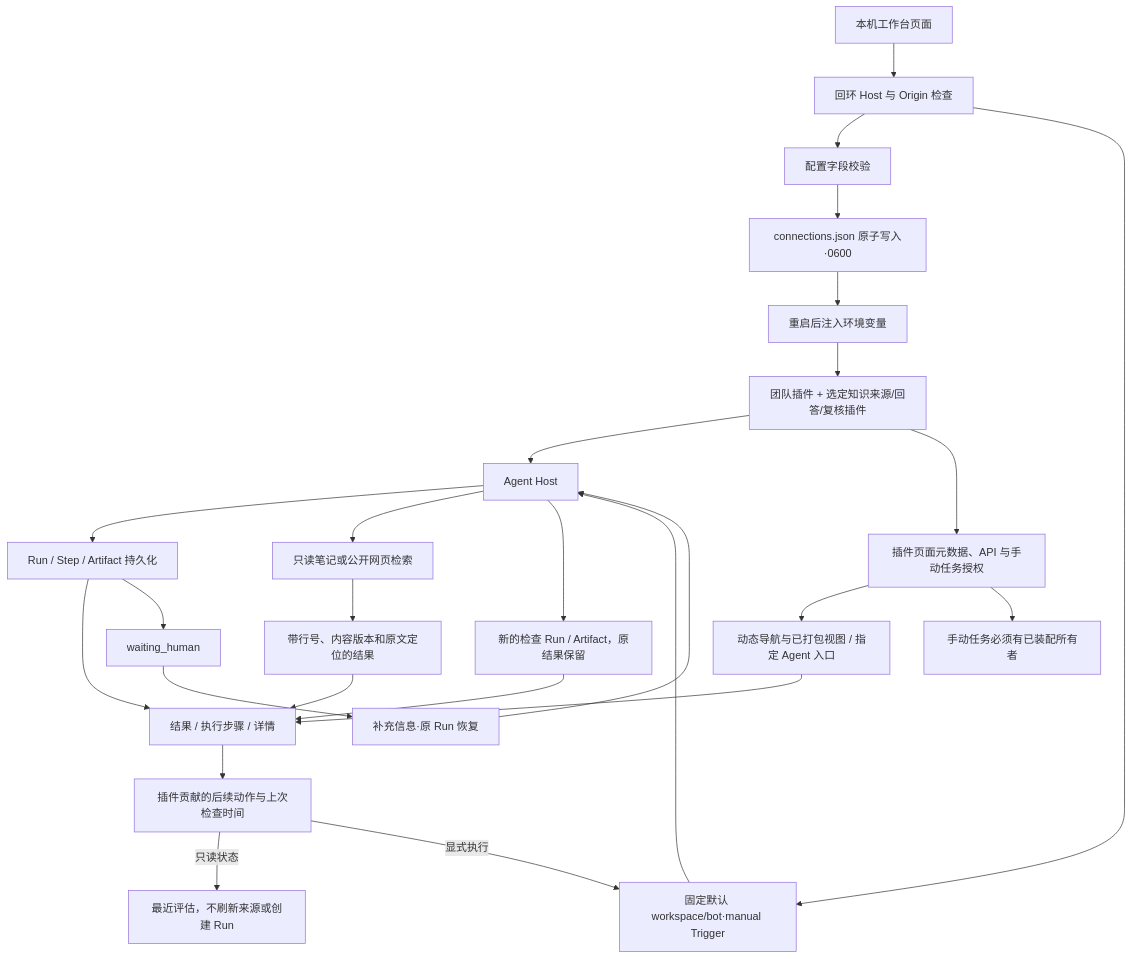
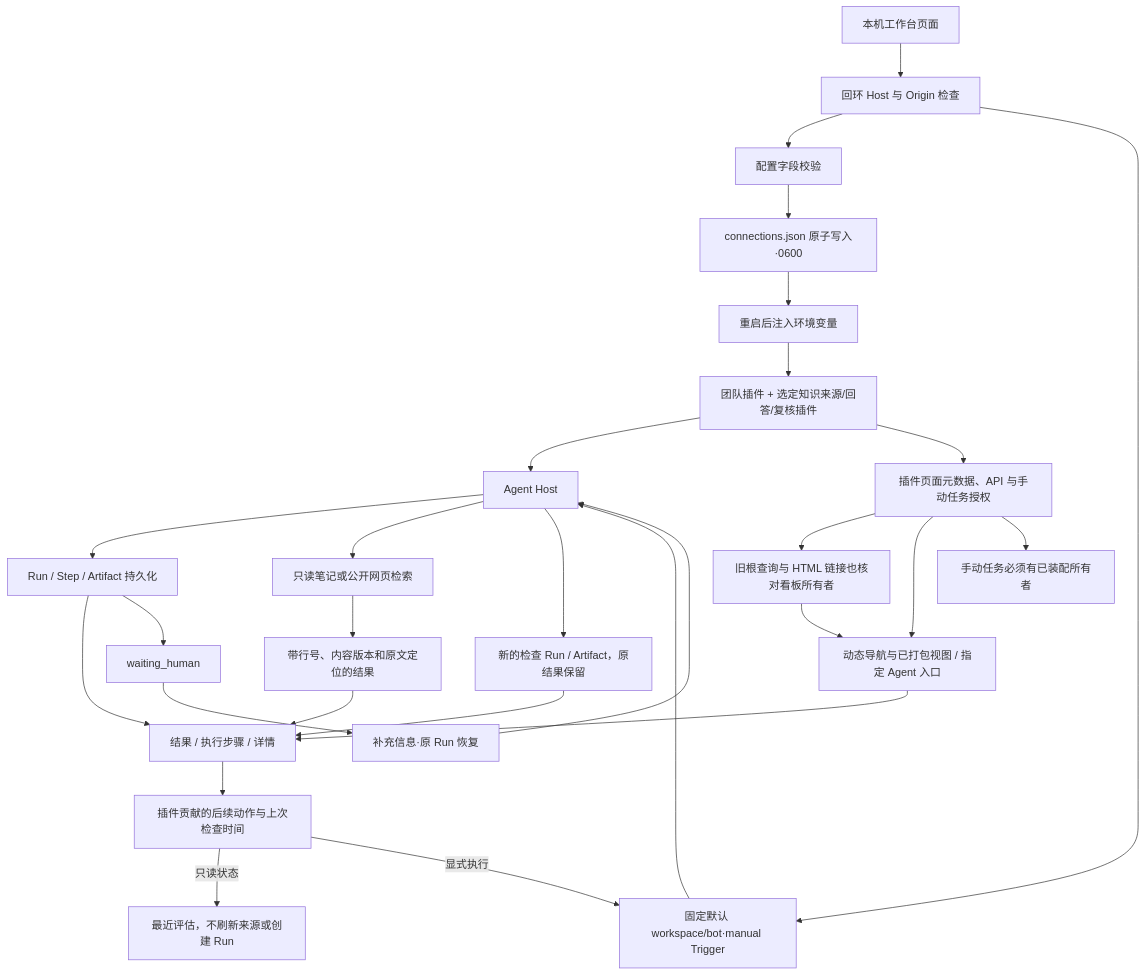
The diagram in backend/src/platform/workspace/FEATURE.md (KlayPeter/AI-Delivery-Ops-Agent), drawn with Mermaid before and after one commit. The commit also changed other lines of this file and 28 other files, not shown here.

````diff
--- a/backend/src/platform/workspace/FEATURE.md
+++ b/backend/src/platform/workspace/FEATURE.md
@@ -19,28 +19,30 @@
 ```mermaid
 flowchart TD
     UI[本机工作台页面] --> G[回环 Host 与 Origin 检查]
     G --> CFG[配置字段校验]
     CFG --> FILE[connections.json 原子写入·0600]
     FILE --> BOOT[重启后注入环境变量]
     BOOT --> PL[团队插件 + 选定知识来源/回答/复核插件]
     PL --> H[Agent Host]
     G --> T[固定默认 workspace/bot·manual Trigger]
     T --> H
     H --> R[Run / Step / Artifact 持久化]
     R --> V[结果 / 执行步骤 / 详情]
     R --> WAIT[waiting_human]
     WAIT --> REPLY[补充信息·原 Run 恢复]
     REPLY --> H
     H --> K[只读笔记或公开网页检索]
     K --> EV[带行号、内容版本和原文定位的结果]
     EV --> V
     PL --> WEB[插件页面元数据、API 与手动任务授权]
+    WEB --> ALIAS[旧根查询与 HTML 链接也核对看板所有者]
+    ALIAS --> NAV
     WEB --> NAV[动态导航与已打包视图 / 指定 Agent 入口]
     NAV --> V
     WEB --> JOBS[手动任务必须有已装配所有者]
     V --> ACT[插件贡献的后续动作与上次检查时间]
     ACT -- 只读状态 --> KV[最近评估，不刷新来源或创建 Run]
     ACT -- 显式执行 --> T
     H --> CHECK[新的检查 Run / Artifact，原结果保留]
     CHECK --> V
 ```
````
